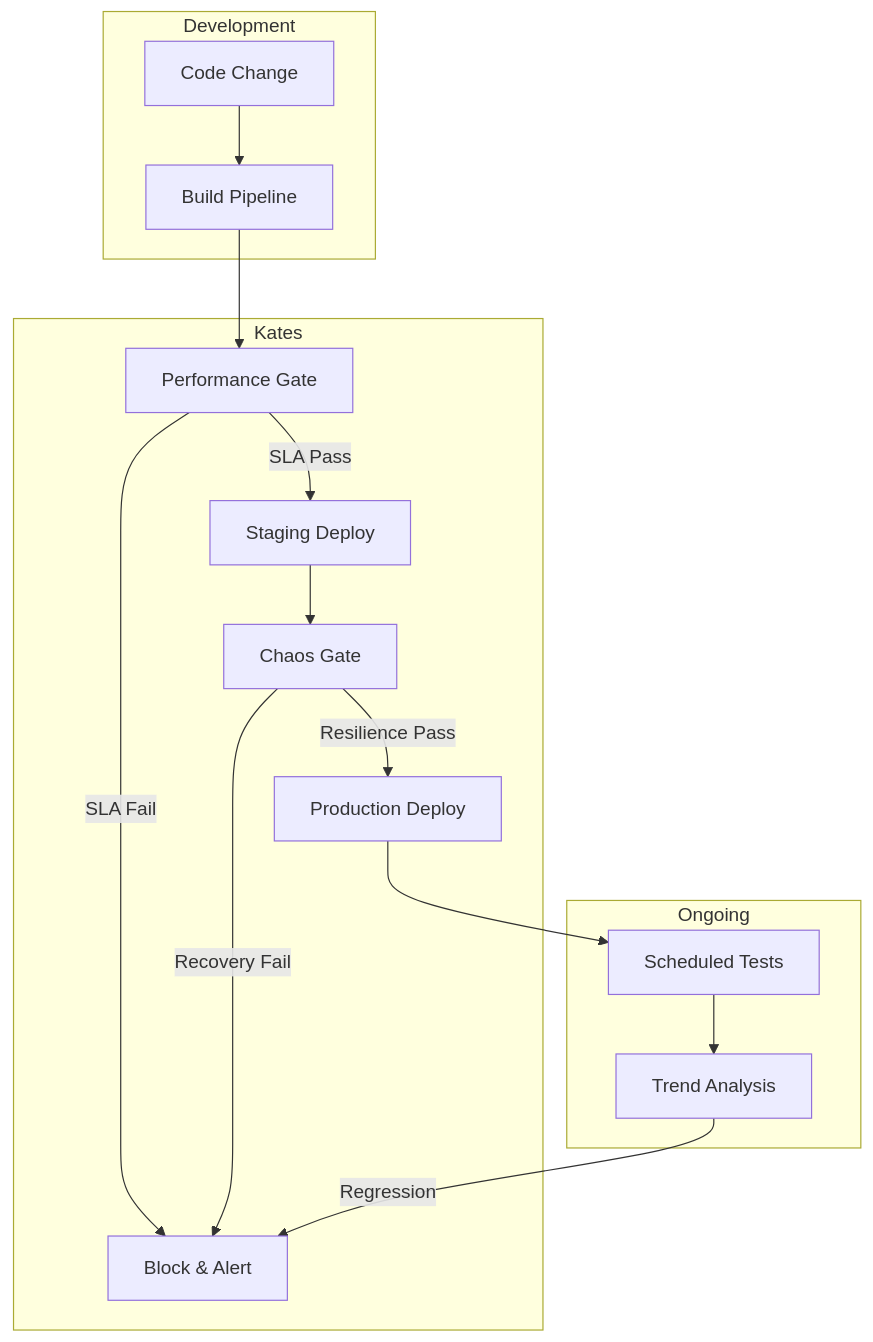
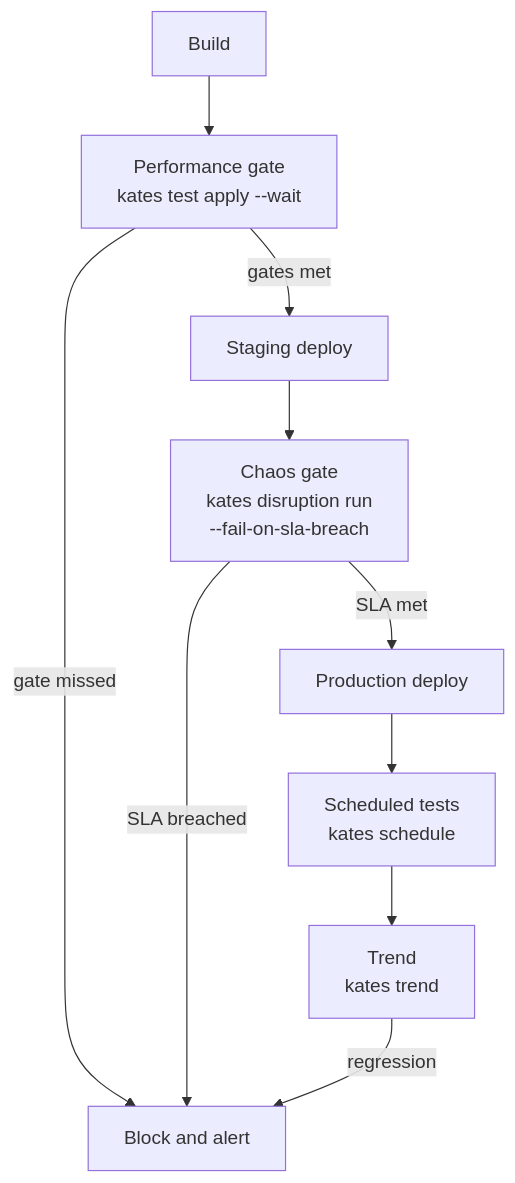
Before and after one commit to bmscomp/kates: the diagram in docs/book/01-introduction.md, drawn with Mermaid. The commit also changed other lines of this file and 52 other files, not shown here.

````diff
--- a/docs/book/01-introduction.md
+++ b/docs/book/01-introduction.md
@@ -95,24 +64,15 @@
 ```mermaid
 %%| label: fig-intro-workflow
 %%| fig-cap: "Kates as two gates in a delivery pipeline: performance before staging, resilience before production, and scheduled tests watching the trend afterwards."
-%%| fig-alt: "Flowchart in three groups. Development: a code change goes to the build pipeline. Kates: the build reaches a performance gate; an SLA pass leads to a staging deploy and then a chaos gate, and a resilience pass leads to a production deploy. An SLA fail or a recovery fail leads to Block and Alert. Ongoing: the production deploy is followed by scheduled tests and trend analysis, and a regression also leads to Block and Alert."
+%%| fig-alt: "Flowchart. A build reaches a performance gate, kates test apply --wait; when the gates are met it goes to a staging deploy and then a chaos gate, kates disruption run --fail-on-sla-breach, and when the SLA is met to a production deploy. A missed gate or a breached SLA leads to Block and alert. After the production deploy, scheduled tests from kates schedule feed kates trend, and a regression also leads to Block and alert."
 graph TB
-    subgraph Development
-        A[Code Change] --> B[Build Pipeline]
-    end
-    
-    subgraph Kates
-        B --> C[Performance Gate]
-        C -->|SLA Pass| D[Staging Deploy]
-        D --> E[Chaos Gate]
-        E -->|Resilience Pass| F[Production Deploy]
-        C -->|SLA Fail| G[Block & Alert]
-        E -->|Recovery Fail| G
-    end
-    
-    subgraph Ongoing
-        F --> H[Scheduled Tests]
-        H --> I[Trend Analysis]
-        I -->|Regression| G
-    end
+    B[Build] --> C["Performance gate<br/>kates test apply --wait"]
+    C -->|gates met| D[Staging deploy]
+    D --> E["Chaos gate<br/>kates disruption run<br/>--fail-on-sla-breach"]
+    E -->|SLA met| F[Production deploy]
+    C -->|gate missed| G[Block and alert]
+    E -->|SLA breached| G
+    F --> H["Scheduled tests<br/>kates schedule"]
+    H --> I["Trend<br/>kates trend"]
+    I -->|regression| G
 ```
````
